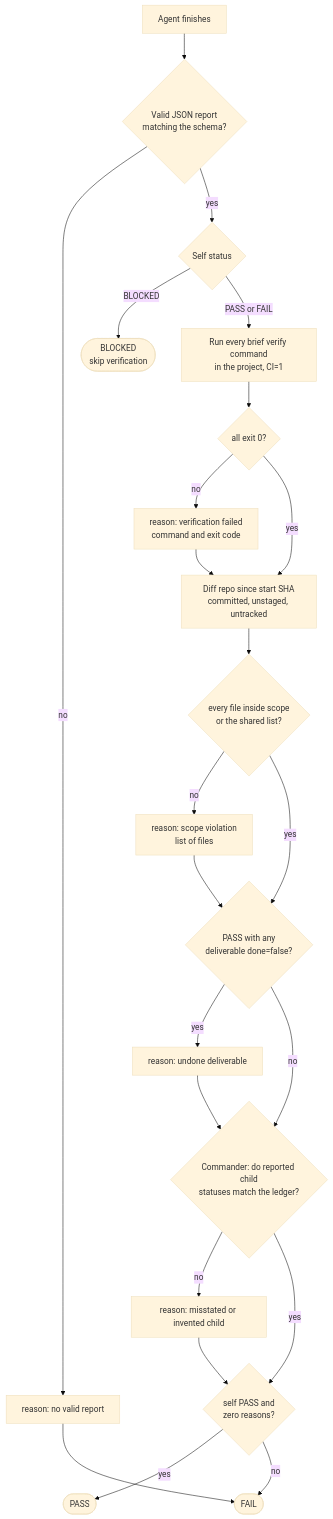
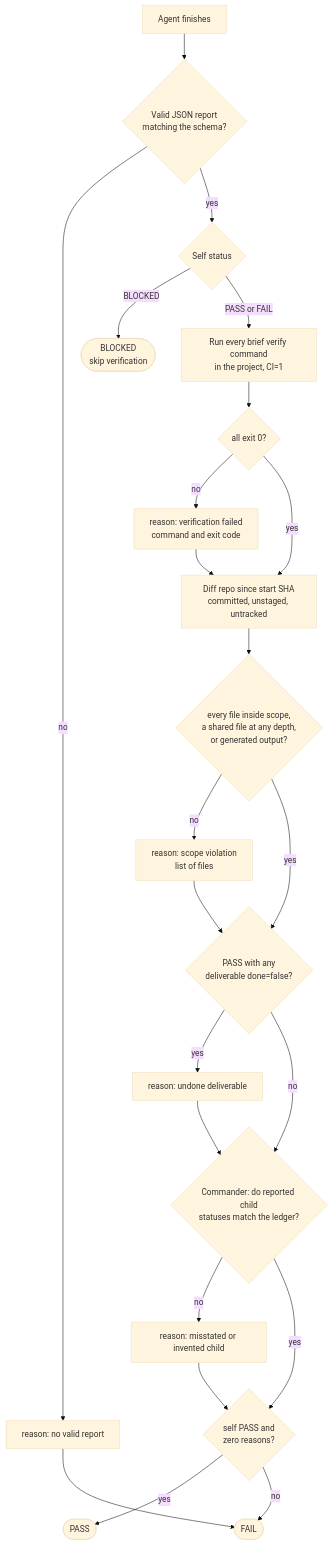
One commit to Waleed178-del/lets-do-it changed the first of 3 diagrams in docs/system/05-verification-pipeline.md. Above: the diagram before and after it, drawn with Mermaid (base theme). The commit also changed other lines of this file and 14 other files, not shown here.

First line of the commit message:
Enforce delegation in the engine, add @commands verify, diagrams for 2.0

````diff
--- a/docs/system/05-verification-pipeline.md
+++ b/docs/system/05-verification-pipeline.md
@@ -5,25 +5,25 @@
 ```mermaid
 flowchart TD
     R["Agent finishes"] --> A{"Valid JSON report<br/>matching the schema?"}
     A -->|no| F1["reason: no valid report"]
     A -->|yes| B{"Self status"}
     B -->|BLOCKED| BL(["BLOCKED<br/>skip verification"])
     B -->|PASS or FAIL| C["Run every brief verify command<br/>in the project, CI=1"]
     C --> C2{"all exit 0?"}
     C2 -->|no| F2["reason: verification failed<br/>command and exit code"]
     C2 -->|yes| D
     F2 --> D["Diff repo since start SHA<br/>committed, unstaged, untracked"]
-    D --> D2{"every file inside scope<br/>or the shared list?"}
+    D --> D2{"every file inside scope,<br/>a shared file at any depth,<br/>or generated output?"}
     D2 -->|no| F3["reason: scope violation<br/>list of files"]
     D2 -->|yes| E
     F3 --> E{"PASS with any<br/>deliverable done=false?"}
     E -->|yes| F4["reason: undone deliverable"]
     E -->|no| G
     F4 --> G{"Commander: do reported child<br/>statuses match the ledger?"}
     G -->|no| F5["reason: misstated or invented child"]
     G -->|yes| H
     F5 --> H{"self PASS and<br/>zero reasons?"}
     H -->|yes| P(["PASS"])
     H -->|no| FL(["FAIL"])
     F1 --> FL
 ```
````
